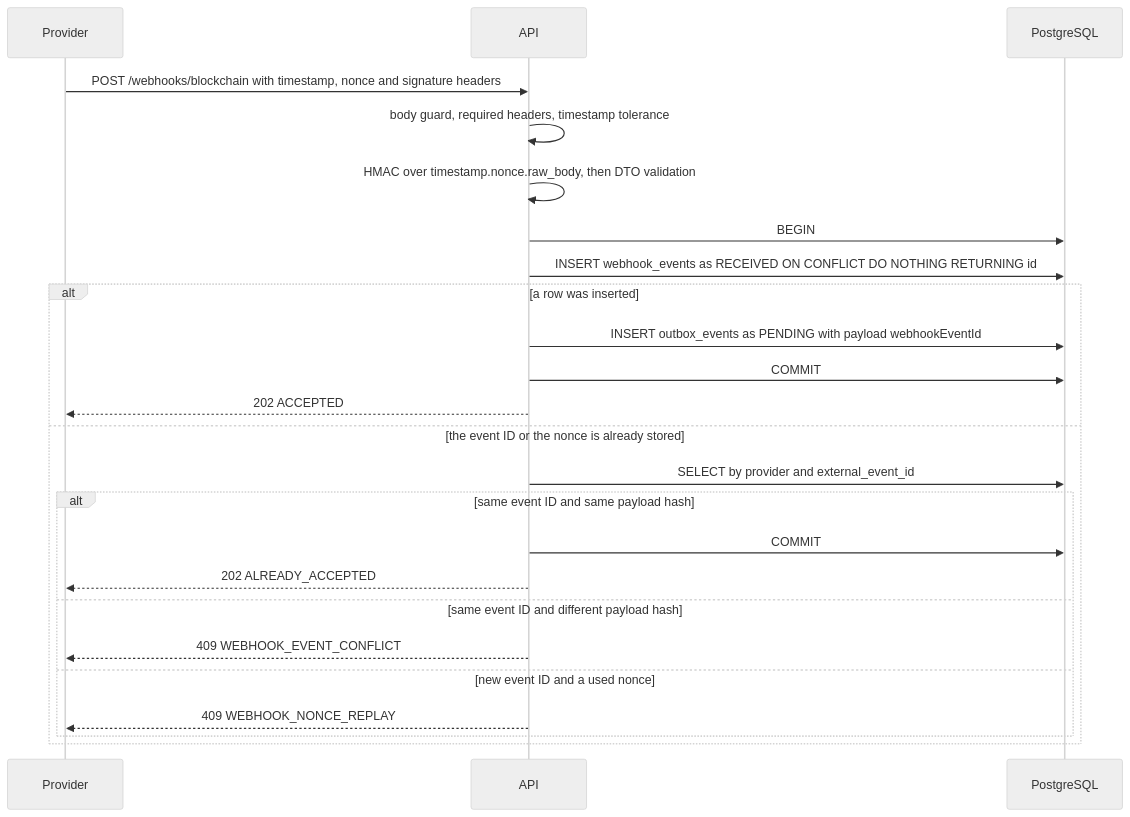
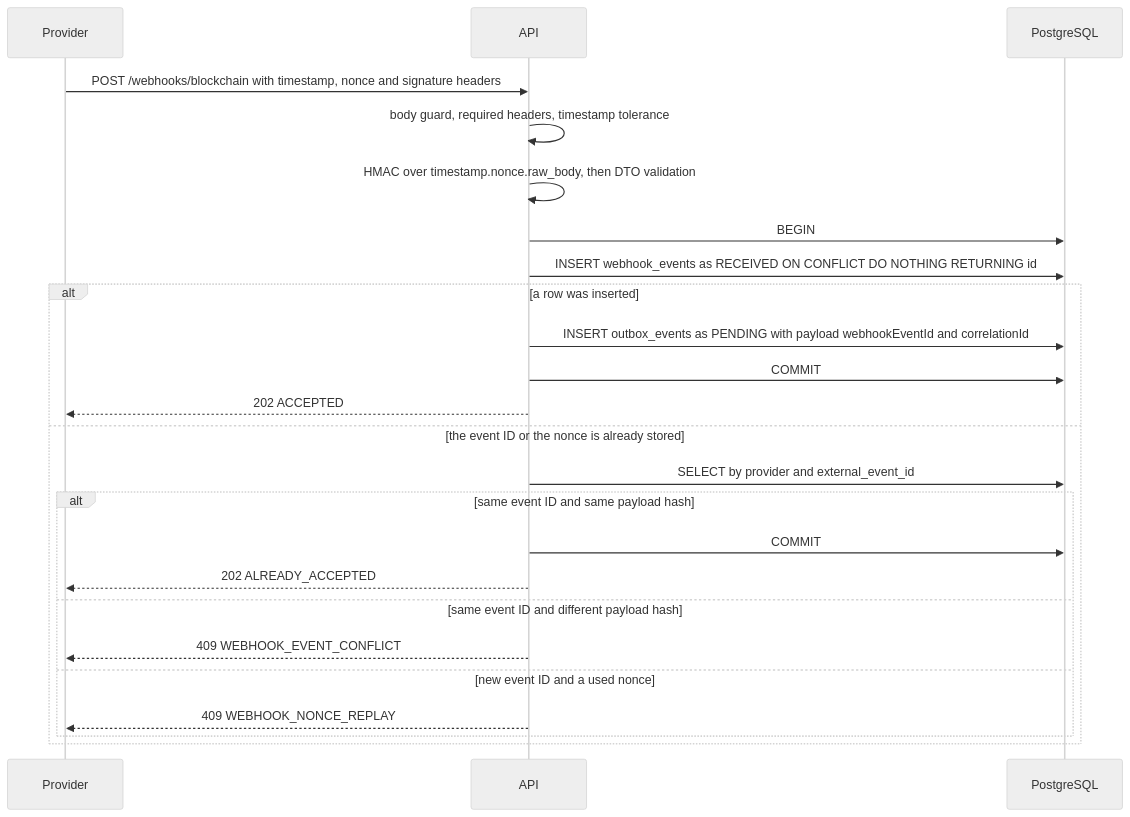
The third of 5 diagrams in docs/architecture.md (AsyncAssassin/transaction-event-gateway), drawn with Mermaid (neutral theme) before and after one commit. The commit also changed other lines of this file and 21 other files, not shown here.

First line of the commit message:
Carry the correlation ID of a webhook request to the worker

````diff
--- a/docs/architecture.md
+++ b/docs/architecture.md
@@ -77,26 +77,26 @@
 ```mermaid
 sequenceDiagram
     participant P as Provider
     participant A as API
     participant DB as PostgreSQL
     P->>A: POST /webhooks/blockchain with timestamp, nonce and signature headers
     A->>A: body guard, required headers, timestamp tolerance
     A->>A: HMAC over timestamp.nonce.raw_body, then DTO validation
     A->>DB: BEGIN
     A->>DB: INSERT webhook_events as RECEIVED ON CONFLICT DO NOTHING RETURNING id
     alt a row was inserted
-        A->>DB: INSERT outbox_events as PENDING with payload webhookEventId
+        A->>DB: INSERT outbox_events as PENDING with payload webhookEventId and correlationId
         A->>DB: COMMIT
         A-->>P: 202 ACCEPTED
     else the event ID or the nonce is already stored
         A->>DB: SELECT by provider and external_event_id
         alt same event ID and same payload hash
             A->>DB: COMMIT
             A-->>P: 202 ALREADY_ACCEPTED
         else same event ID and different payload hash
             A-->>P: 409 WEBHOOK_EVENT_CONFLICT
         else new event ID and a used nonce
             A-->>P: 409 WEBHOOK_NONCE_REPLAY
         end
     end
 ```
````
